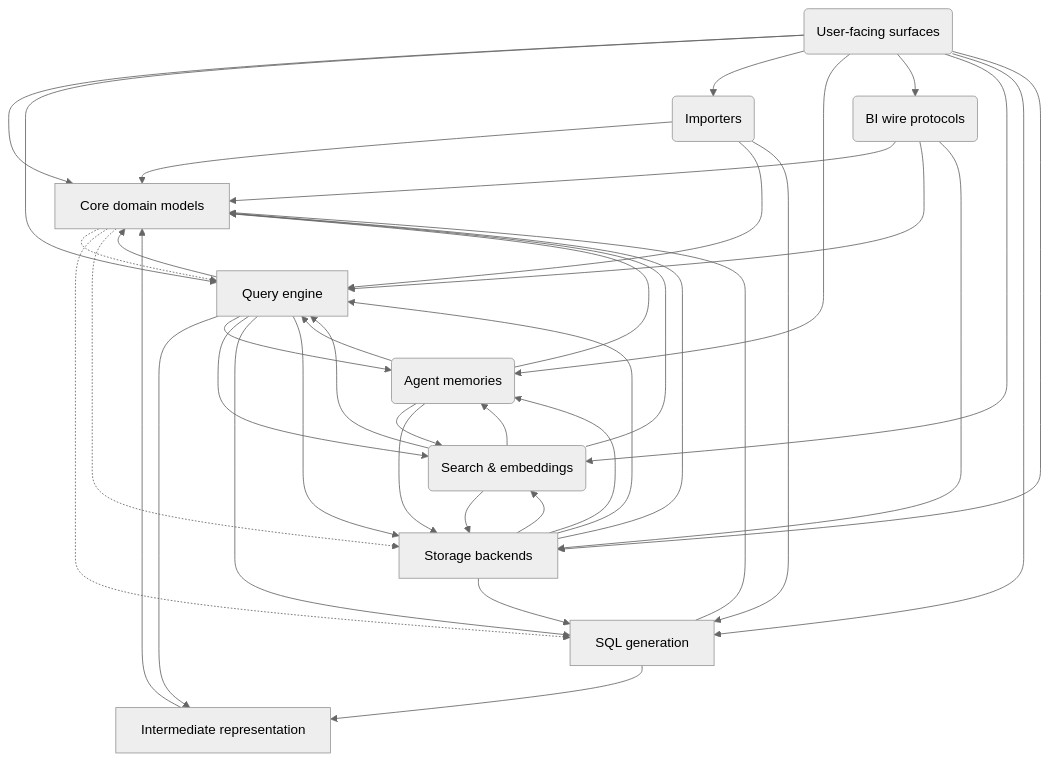
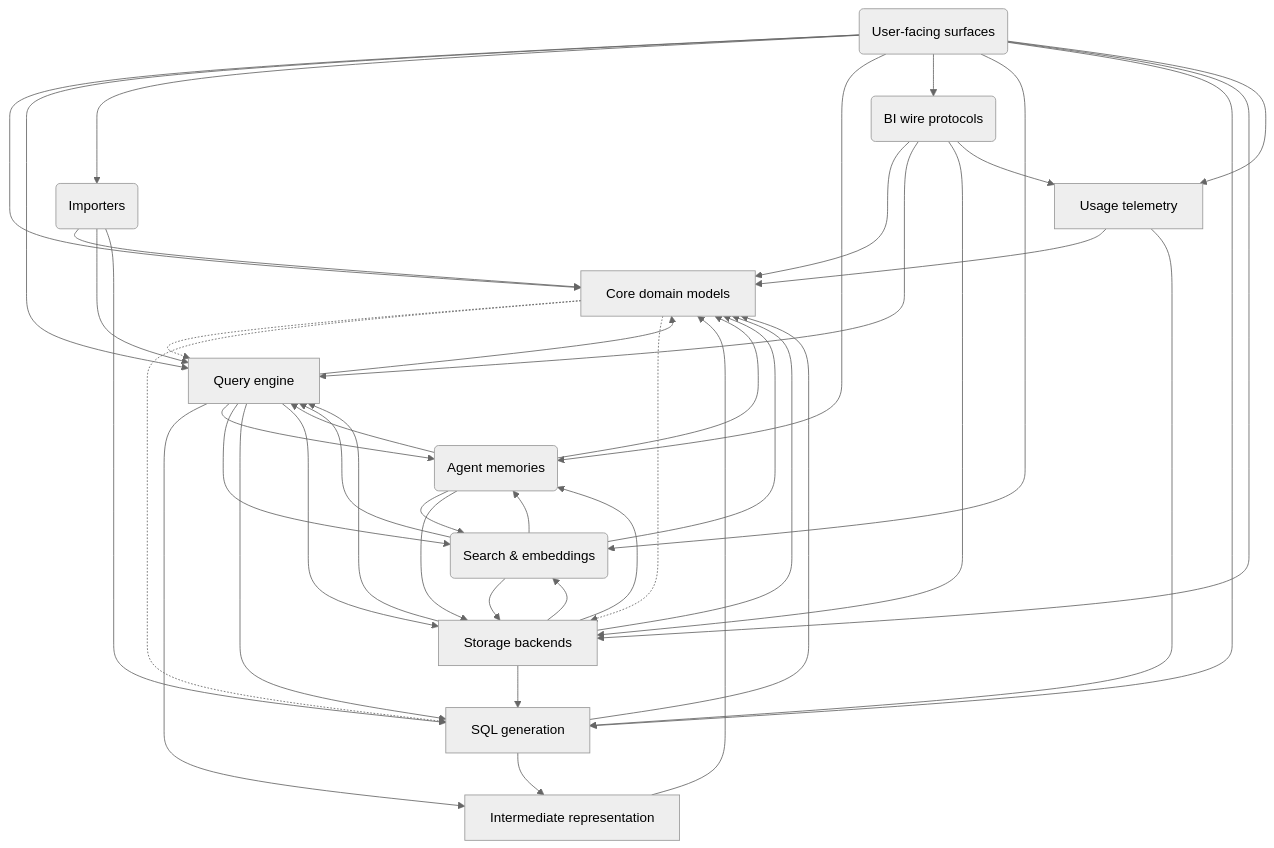
Before and after one commit to MotleyAI/slayer: the diagram in architecture/system.arc42.md, drawn with Mermaid (neutral theme). The commit also changed other lines of this file and 5 other files, not shown here.

Commit message:
Architecture: telemetry node, its arc42 principles, regenerated diagrams

````diff
--- a/architecture/system.arc42.md
+++ b/architecture/system.arc42.md
@@ -17,53 +17,58 @@
 ```mermaid
 flowchart TD
   %% landscape: SLayer landscape
   core["Core domain models"]
   sql["SQL generation"]
   engine["Query engine"]
   ir["Intermediate representation"]
   storage["Storage backends"]
   importers("Importers")
   search("Search & embeddings")
   memories("Agent memories")
   protocols("BI wire protocols")
+  telemetry["Usage telemetry"]
   surfaces("User-facing surfaces")
   core -.-> engine
   core -.-> sql
   core -.-> storage
   engine --> core
   engine --> ir
   engine --> memories
   engine --> search
   engine --> sql
   engine --> storage
   importers --> core
   importers --> engine
   importers --> sql
   ir --> core
   memories --> core
   memories --> engine
   memories --> search
   memories --> storage
   protocols --> core
   protocols --> engine
   protocols --> storage
   search --> core
   search --> engine
   search --> memories
   search --> storage
   sql --> core
   sql --> ir
   storage --> core
   storage --> engine
   storage --> memories
   storage --> search
   storage --> sql
   surfaces --> core
   surfaces --> engine
   surfaces --> importers
   surfaces --> memories
   surfaces --> protocols
   surfaces --> search
   surfaces --> sql
   surfaces --> storage
+  protocols --> telemetry
+  surfaces --> telemetry
+  telemetry --> core
+  telemetry --> sql
 ```
````
